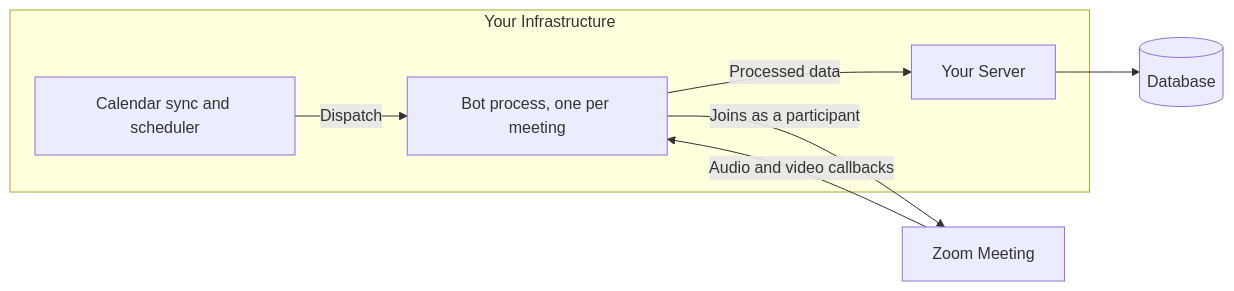
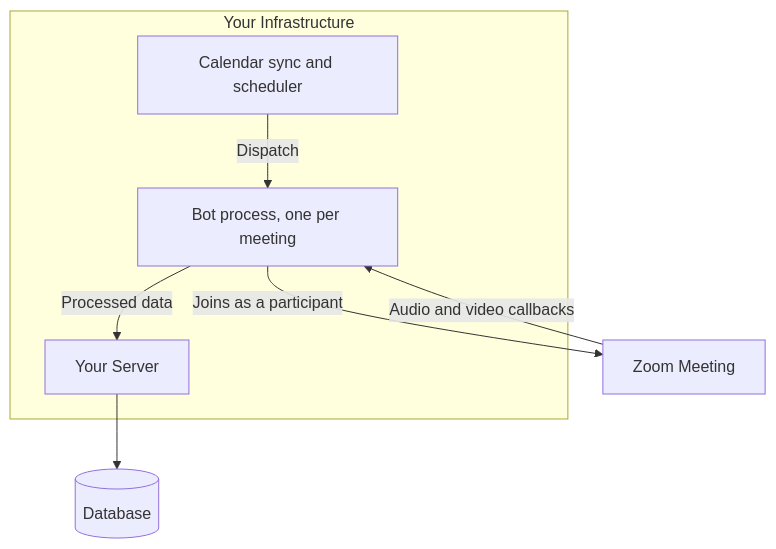
One commit to zoom/blueprints changed the first of 3 diagrams in blueprints/migrate-bot-to-rtms/index.md. Above: the diagram before and after it, drawn with Mermaid. The commit also changed other lines of this file and 27 other files, not shown here.

First line of the commit message:
Lay flowcharts out top to bottom and add diagram layout rules

````diff
--- a/blueprints/migrate-bot-to-rtms/index.md
+++ b/blueprints/migrate-bot-to-rtms/index.md
@@ -89,13 +89,13 @@
 ```mermaid
-graph LR
+flowchart TB
     subgraph "Your Infrastructure"
         C[Calendar sync and scheduler]
         B[Bot process, one per meeting]
         S[Your Server]
     end
     C -->|Dispatch| B
     B -->|Joins as a participant| Z[Zoom Meeting]
     Z -->|Audio and video callbacks| B
     B -->|Processed data| S
     S --> D[(Database)]
 ```
````
